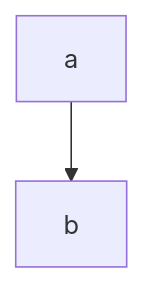
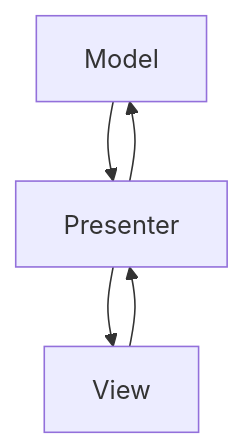
One commit to saitocastel1900/unity-tutorial-unirx changed the diagram in README.md. Above: the diagram before and after it, drawn with Mermaid.

````diff
--- a/README.md
+++ b/README.md
@@ -71,5 +71,8 @@
 ```mermaid
 graph TD
-a-->b
+Model-->Presenter
+Presenter-->View
+Presenter-->Model
+View-->Presenter
 
 ```
````
